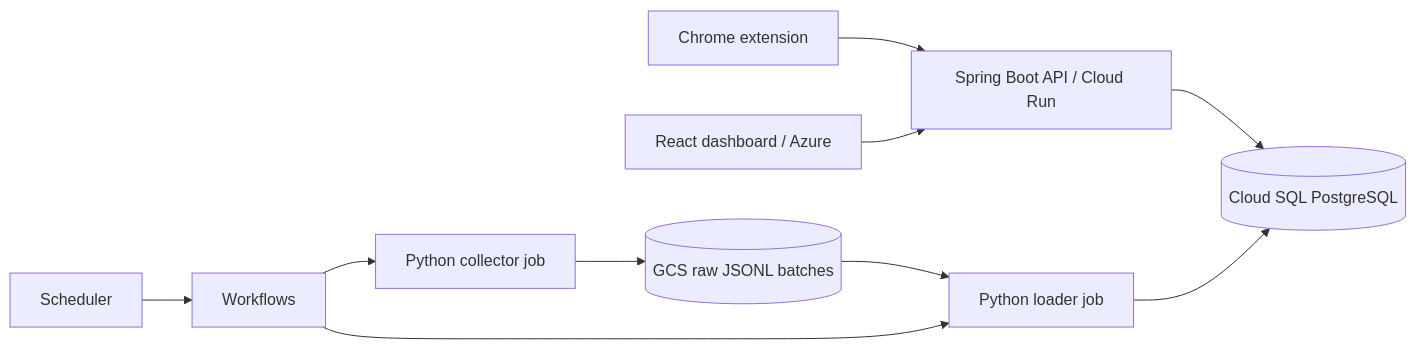
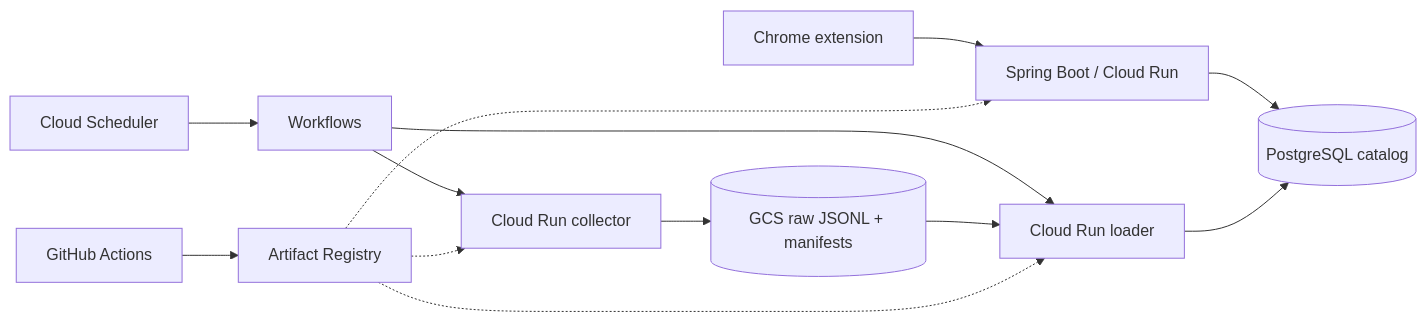
Before and after one commit to CS6030-Project/smartcart: the diagram in README.md, drawn with Mermaid. The commit also changed other lines of this file and 39 other files, not shown here.

````diff
--- a/README.md
+++ b/README.md
@@ -9,12 +9,15 @@
 ```mermaid
 flowchart LR
-  EXT[Chrome extension] --> API[Spring Boot API / Cloud Run]
-  DASH[React dashboard / Azure] --> API
-  API --> DB[(Cloud SQL PostgreSQL)]
-  SCHED[Scheduler] --> WF[Workflows]
-  WF --> COL[Python collector job]
-  COL --> RAW[(GCS raw JSONL batches)]
-  RAW --> LOAD[Python loader job]
-  WF --> LOAD
-  LOAD --> DB
+  Browser[Chrome extension] --> API[Spring Boot / Cloud Run]
+  API --> PG[(PostgreSQL catalog)]
+  Scheduler[Cloud Scheduler] --> WF[Workflows]
+  WF --> COL[Cloud Run collector]
+  COL --> GCS[(GCS raw JSONL + manifests)]
+  WF --> LOAD[Cloud Run loader]
+  GCS --> LOAD
+  LOAD --> PG
+  GHA[GitHub Actions] --> REG[Artifact Registry]
+  REG -.-> API
+  REG -.-> COL
+  REG -.-> LOAD
 ```
````
